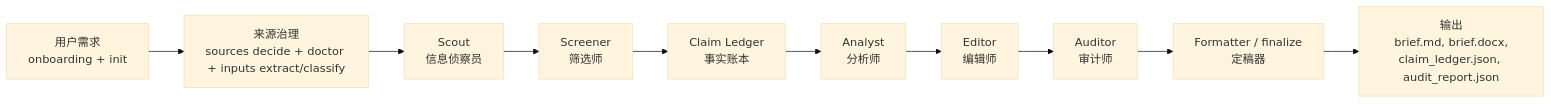
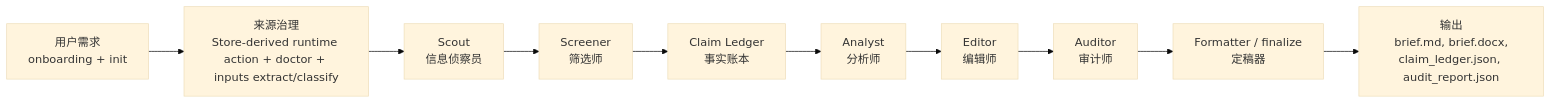
The diagram in docs/architecture.zh-CN.md (Stahl-G/briefloop), drawn with Mermaid (base theme) before and after one commit. The commit also changed 39 other files, not shown here.

````diff
--- a/docs/architecture.zh-CN.md
+++ b/docs/architecture.zh-CN.md
@@ -7,12 +7,12 @@
 ```mermaid
 flowchart LR
-  A["用户需求<br/>onboarding + init"] --> B["来源治理<br/>sources decide + doctor + inputs extract/classify"]
+  A["用户需求<br/>onboarding + init"] --> B["来源治理<br/>Store-derived runtime action + doctor + inputs extract/classify"]
   B --> C["Scout<br/>信息侦察员"]
   C --> D["Screener<br/>筛选师"]
   D --> E["Claim Ledger<br/>事实账本"]
   E --> F["Analyst<br/>分析师"]
   F --> G["Editor<br/>编辑师"]
   G --> H["Auditor<br/>审计师"]
   H --> I["Formatter / finalize<br/>定稿器"]
   I --> J["输出<br/>brief.md, brief.docx,<br/>claim_ledger.json, audit_report.json"]
 ```
````
